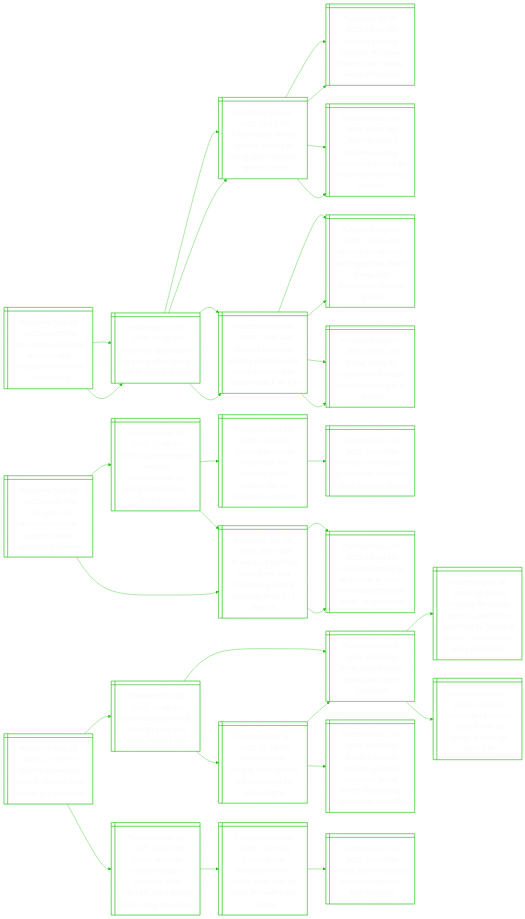
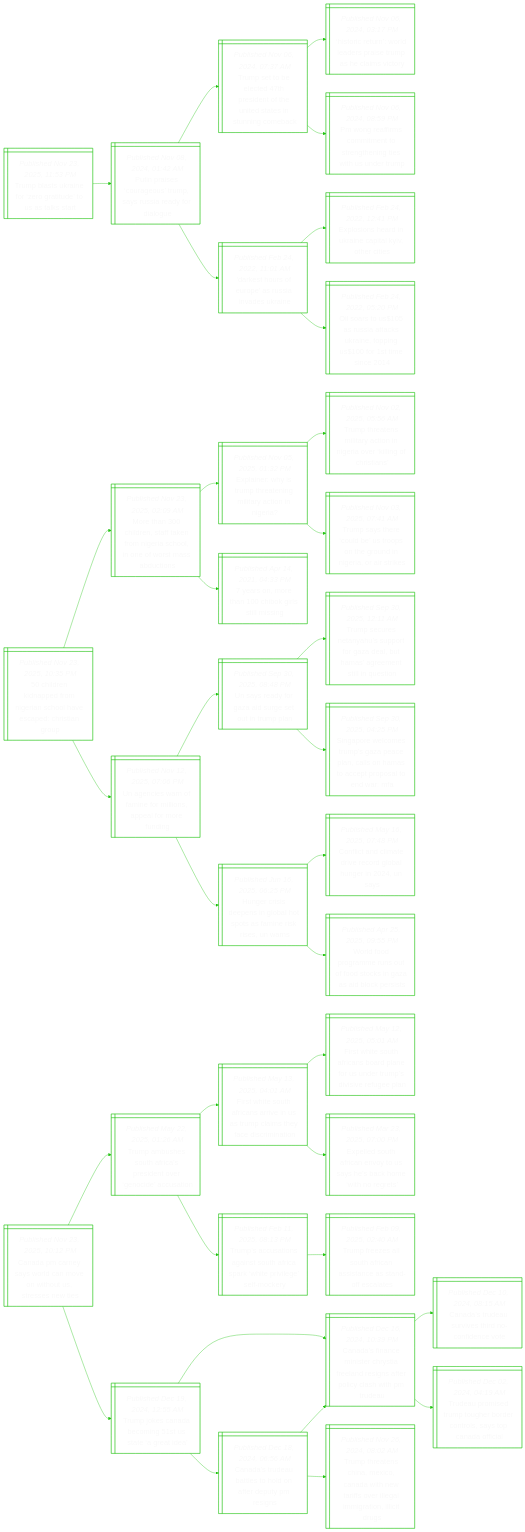
The diagram in README.md (notJmes/notJmes), drawn with Mermaid before and after one commit. The commit also changed other lines of this file, not shown here.

````diff
--- a/README.md
+++ b/README.md
@@ -16,109 +16,112 @@
 flowchart LR
 classDef txtsize font-size:20px;
 
-WfAhestitsom@{ shape: win-pane, label: "_Published Nov 23, 2025, 07:55 PM_
-War refugee aonishiki becomes first ukrainian to win sumo tournament" }
-Unausafntse@{ shape: win-pane, label: "_Published Oct 09, 2025, 03:46 PM_
-Ukrainian takes sumo by storm after fleeing war to pursue dreams" }
-Feksansuognlsf@{ shape: win-pane, label: "_Published Sep 23, 2025, 02:19 PM_
-Future bleak unless ukraine invests in young sporting talent: athletics chief" }
-Untisfihsmanna@{ shape: win-pane, label: "_Published Jul 09, 2025, 06:12 AM_
-Ukraine protests inclusion of russian athletes with military ranks as neutrals" }
-JnlpetvmaohinCn@{ shape: win-pane, label: "_Published Sep 20, 2025, 02:21 AM_
-Jasmine paolini sparkles as italy overcome ukraine to reach billie jean king cup final" }
-UnteruvheyRaaK@{ shape: win-pane, label: "_Published Sep 08, 2025, 12:46 AM_
-Ukraine footballer heorhiy sudakov says home destroyed in russian attack on kyiv" }
-RaUnhercasrtdb@{ shape: win-pane, label: "_Published Sep 07, 2025, 10:16 AM_
-Russia hits ukraine with biggest air attack of war, sets government building ablaze" }
-Trfaosaoeia@{ shape: win-pane, label: "_Published Sep 08, 2025, 01:11 AM_
-Trump ready for ‘phase two’ of russia sanctions over war in ukraine" }
-Unausafntse@{ shape: win-pane, label: "_Published Oct 09, 2025, 03:46 PM_
-Ukrainian takes sumo by storm after fleeing war to pursue dreams" }
-Feksansuognlsf@{ shape: win-pane, label: "_Published Sep 23, 2025, 02:19 PM_
-Future bleak unless ukraine invests in young sporting talent: athletics chief" }
-Untisfihsmanna@{ shape: win-pane, label: "_Published Jul 09, 2025, 06:12 AM_
-Ukraine protests inclusion of russian athletes with military ranks as neutrals" }
-JnlpetvmaohinCn@{ shape: win-pane, label: "_Published Sep 20, 2025, 02:21 AM_
-Jasmine paolini sparkles as italy overcome ukraine to reach billie jean king cup final" }
-UnteruvheyRaaK@{ shape: win-pane, label: "_Published Sep 08, 2025, 12:46 AM_
-Ukraine footballer heorhiy sudakov says home destroyed in russian attack on kyiv" }
-RaUnhercasrtdb@{ shape: win-pane, label: "_Published Sep 07, 2025, 10:16 AM_
-Russia hits ukraine with biggest air attack of war, sets government building ablaze" }
-Trfaosaoeia@{ shape: win-pane, label: "_Published Sep 08, 2025, 01:11 AM_
-Trump ready for ‘phase two’ of russia sanctions over war in ukraine" }
+Tbsirgtots@{ shape: win-pane, label: "_Published Nov 23, 2025, 11:53 PM_
+Trump blasts ukraine for ‘zero gratitude’ to us as talks start" }
+Pperumsiddg@{ shape: win-pane, label: "_Published Nov 08, 2024, 01:42 AM_
+Putin praises ‘courageous’ trump, says russia ready for dialogue" }
+TsbchioUdetne@{ shape: win-pane, label: "_Published Nov 06, 2024, 07:37 AM_
+Trump set to be elected 47th president of the united states in stunning comeback" }
+Hrtoessmemt@{ shape: win-pane, label: "_Published Nov 06, 2024, 03:17 PM_
+‘historic return’: world leaders praise trump as he claims victory" }
+PgfctteetiuT@{ shape: win-pane, label: "_Published Nov 06, 2024, 08:59 PM_
+Pm wong reaffirms commitment to strengthening ties with us under trump" }
+DsruasvUn@{ shape: win-pane, label: "_Published Feb 24, 2022, 11:01 AM_
+'darkest hours of europe' as russia invades ukraine" }
+Eshiaalocs@{ shape: win-pane, label: "_Published Feb 24, 2022, 12:41 PM_
+Explosions heard in ukraine capital kyiv, other cities" }
+OaUuakaogrmc@{ shape: win-pane, label: "_Published Feb 24, 2022, 05:20 PM_
+Oil soars to us$105 as russia attacks ukraine, topping us$100 for 1st time since 2014" }
 
-WfAhestitsom:::txtsize --> Unausafntse:::txtsize
-Unausafntse:::txtsize --> Feksansuognlsf:::txtsize
-Feksansuognlsf:::txtsize --> Untisfihsmanna:::txtsize
-Feksansuognlsf:::txtsize --> JnlpetvmaohinCn:::txtsize
-Unausafntse:::txtsize --> UnteruvheyRaaK:::txtsize
-UnteruvheyRaaK:::txtsize --> RaUnhercasrtdb:::txtsize
-UnteruvheyRaaK:::txtsize --> Trfaosaoeia:::txtsize
-WfAhestitsom:::txtsize --> Unausafntse:::txtsize
-Unausafntse:::txtsize --> Feksansuognlsf:::txtsize
-Feksansuognlsf:::txtsize --> Untisfihsmanna:::txtsize
-Feksansuognlsf:::txtsize --> JnlpetvmaohinCn:::txtsize
-Unausafntse:::txtsize --> UnteruvheyRaaK:::txtsize
-UnteruvheyRaaK:::txtsize --> RaUnhercasrtdb:::txtsize
-UnteruvheyRaaK:::txtsize --> Trfaosaoeia:::txtsize
+Tbsirgtots:::txtsize --> Pperumsiddg:::txtsize
+Pperumsiddg:::txtsize --> TsbchioUdetne:::txtsize
+TsbchioUdetne:::txtsize --> Hrtoessmemt:::txtsize
+TsbchioUdetne:::txtsize --> PgfctteetiuT:::txtsize
+Pperumsiddg:::txtsize --> DsruasvUn:::txtsize
+DsruasvUn:::txtsize --> Eshiaalocs:::txtsize
+DsruasvUn:::txtsize --> OaUuakaogrmc:::txtsize
 
-IafmoereAlhe@{ shape: win-pane, label: "_Published Nov 23, 2025, 07:50 PM_
-Iran warns of attempts to target supreme leader ayatollah khamenei" }
-ISmdoasigugdIl@{ shape: win-pane, label: "_Published Jun 27, 2025, 12:40 AM_
-Iran’s supreme leader avoided assassination by going underground, says israel" }
-TtIodirsdelmutt@{ shape: win-pane, label: "_Published Jun 13, 2025, 08:20 AM_
-Trump tells iran to ‘make deal’ with israel as world leaders call for ‘maximum restraint’" }
-IamrnaetlIli@{ shape: win-pane, label: "_Published Jun 13, 2025, 04:29 PM_
-Iranian commanders and nuclear scientists killed in israeli strikes" }
-Tsrdeecedletdr@{ shape: win-pane, label: "_Published Jun 24, 2025, 06:17 AM_
-Trump says iran and israel agree to a ‘complete and total’ ceasefire to end 12-day war" }
-IiieSaQTcrnaec@{ shape: win-pane, label: "_Published Jun 24, 2025, 01:23 AM_
-Iran fires missiles at us airbase in qatar, trump calls response ‘weak’, urges peace" }
-Tsrdeecedletdr@{ shape: win-pane, label: "_Published Jun 24, 2025, 06:17 AM_
-Trump says iran and israel agree to a ‘complete and total’ ceasefire to end 12-day war" }
-IiieSaQTcrnaec@{ shape: win-pane, label: "_Published Jun 24, 2025, 01:23 AM_
-Iran fires missiles at us airbase in qatar, trump calls response ‘weak’, urges peace" }
+crdemrchsdsg@{ shape: win-pane, label: "_Published Nov 23, 2025, 10:35 PM_
+50 children kidnapped from nigerian school have escaped: christian group" }
+MhinfnNioowmbi@{ shape: win-pane, label: "_Published Nov 23, 2025, 02:09 AM_
+More than 300 children, staff taken from nigeria school, in one of worst mass abductions" }
+Eihrhematnr@{ shape: win-pane, label: "_Published Nov 05, 2025, 01:32 PM_
+Explainer: why is trump threatening military action in nigeria?" }
+TttiriNiriCt@{ shape: win-pane, label: "_Published Nov 02, 2025, 05:56 AM_
+Trump threatens military action in nigeria over ‘killing of christians’" }
+Tshoeonrierts@{ shape: win-pane, label: "_Published Nov 03, 2025, 07:41 AM_
+Trump says there ‘could be’ us troops on the ground in nigeria, or air strikes" }
+yoeCksli@{ shape: win-pane, label: "_Published Apr 14, 2021, 04:33 PM_
+7 years on, more than 100 chibok girls still missing" }
+Unwfnmopoei@{ shape: win-pane, label: "_Published Nov 12, 2025, 07:06 PM_
+Un agencies warn of famine for millions, appeal for more funding" }
+Usyadeurl@{ shape: win-pane, label: "_Published Sep 30, 2025, 08:48 PM_
+Un says ready for gaza aid surge set out in trump plan" }
+Tseaupoabmrnluo@{ shape: win-pane, label: "_Published Sep 30, 2025, 12:11 AM_
+Trump secures netanyahu’s support for gaza deal, but hamas’ agreement still in question" }
+Speemzcnsmatooa@{ shape: win-pane, label: "_Published Sep 30, 2025, 04:25 PM_
+Singapore welcomes trump’s gaza peace plan, calls on hamas to accept proposal to end war: mfa" }
+Hripnasaisea@{ shape: win-pane, label: "_Published Jun 16, 2025, 06:25 PM_
+Hunger crisis deepens in global hot spots as famine risk rises, un warns" }
+Cidaiclhrs@{ shape: win-pane, label: "_Published May 16, 2025, 07:48 PM_
+Conflict and climate drive record global hunger in 2024, un says" }
+WFrmnodkaaors@{ shape: win-pane, label: "_Published Apr 25, 2025, 09:55 PM_
+World food programme runs out of food stocks in gaza as aid block persists" }
 
-IafmoereAlhe:::txtsize --> ISmdoasigugdIl:::txtsize
-ISmdoasigugdIl:::txtsize --> TtIodirsdelmutt:::txtsize
-TtIodirsdelmutt:::txtsize --> IamrnaetlIli:::txtsize
-ISmdoasigugdIl:::txtsize --> Tsrdeecedletdr:::txtsize
-Tsrdeecedletdr:::txtsize --> IiieSaQTcrnaec:::txtsize
-IafmoereAlhe:::txtsize --> Tsrdeecedletdr:::txtsize
-Tsrdeecedletdr:::txtsize --> IiieSaQTcrnaec:::txtsize
+crdemrchsdsg:::txtsize --> MhinfnNioowmbi:::txtsize
+MhinfnNioowmbi:::txtsize --> Eihrhematnr:::txtsize
+Eihrhematnr:::txtsize --> TttiriNiriCt:::txtsize
+Eihrhematnr:::txtsize --> Tshoeonrierts:::txtsize
+MhinfnNioowmbi:::txtsize --> yoeCksli:::txtsize
+crdemrchsdsg:::txtsize --> Unwfnmopoei:::txtsize
+Unwfnmopoei:::txtsize --> Usyadeurl:::txtsize
+Usyadeurl:::txtsize --> Tseaupoabmrnluo:::txtsize
+Usyadeurl:::txtsize --> Speemzcnsmatooa:::txtsize
+Unwfnmopoei:::txtsize --> Hripnasaisea:::txtsize
+Hripnasaisea:::txtsize --> Cidaiclhrs:::txtsize
+Hripnasaisea:::txtsize --> WFrmnodkaaors:::txtsize
 
-Ilautpkanbh@{ shape: win-pane, label: "_Published Nov 23, 2025, 07:39 PM_
-Israel’s netanyahu vows to keep striking hamas and hezbollah" }
-Ilselaonms@{ shape: win-pane, label: "_Published Nov 23, 2025, 01:09 AM_
-Israeli airstrikes kill at least 20 people in gaza, medics say" }
-Wouaaam@{ shape: win-pane, label: "_Published Oct 09, 2025, 05:50 PM_
-What does trump’s gaza peace plan promise?" }
-AtHfezerydatoGel@{ shape: win-pane, label: "_Published Sep 30, 2025, 06:45 AM_
-Amnesty for hamas fighters, gaza to be governed by ‘board of peace’: details of the gaza peace plan" }
-NyeeawHakl@{ shape: win-pane, label: "_Published Oct 07, 2023, 12:04 PM_
-Netanyahu declares israel at war as hamas attacks kill over 100" }
-Ffoaakiosen@{ shape: win-pane, label: "_Published Oct 10, 2025, 07:18 PM_
-‘full of sorrow’: gazans head back to ruined homes as truce begins" }
-Gsaardsrfsticese@{ shape: win-pane, label: "_Published Oct 10, 2025, 04:58 PM_
-Gazans stream towards wrecked homes as israeli forces start pulling back under ceasefire" }
-Wouaaam@{ shape: win-pane, label: "_Published Oct 09, 2025, 05:50 PM_
-What does trump’s gaza peace plan promise?" }
-Tdrcaaededlncbs@{ shape: win-pane, label: "_Published Oct 14, 2025, 07:45 PM_
-Trump declares victory as gaza ceasefire deal reached, but a lasting peace may be elusive" }
-PflcoMeNelale@{ shape: win-pane, label: "_Published Oct 14, 2025, 12:05 AM_
-Peace finally descends on the middle east: now the battle to make it last begins" }
-TjIlmnest@{ shape: win-pane, label: "_Published Oct 13, 2025, 03:10 PM_
-Tears, joy in israel as hamas hands over first hostages" }
+CararnohSses@{ shape: win-pane, label: "_Published Nov 23, 2025, 10:12 PM_
+Canada pm carney says world can move on without us, stresses new ties" }
+Tahurpdvnesn@{ shape: win-pane, label: "_Published May 22, 2025, 01:26 AM_
+Trump ambushes south africa’s president over ‘genocide’ accusation" }
+FwSAarnTcsfimi@{ shape: win-pane, label: "_Published May 13, 2025, 04:01 AM_
+First white south africans arrive in us as trump claims they face discrimination" }
+FwSAaaarduivul@{ shape: win-pane, label: "_Published May 12, 2025, 05:01 AM_
+First white south africans board plane for us under trump’s divisive refugee plan" }
+Eluretashirt@{ shape: win-pane, label: "_Published Mar 23, 2025, 07:00 PM_
+Expelled south african envoy to us says he’s back home ‘with no regrets’" }
+Tssniofswplec@{ shape: win-pane, label: "_Published Feb 11, 2025, 08:13 PM_
+Trump’s accusations against south africa spark ‘white privilege’ self-mockery" }
+TfeSAaictfas@{ shape: win-pane, label: "_Published Feb 09, 2025, 02:40 AM_
+Trump freezes all south african assistance as stand-off escalates" }
+TjCamtard@{ shape: win-pane, label: "_Published Dec 19, 2024, 12:55 AM_
+Trump jokes canada becoming 51st us state ‘a great idea’" }
+CaaieyFasapyhPd@{ shape: win-pane, label: "_Published Dec 16, 2024, 10:39 PM_
+Canada’s finance minister chrystia freeland resigns after policy clash with pm trudeau" }
+Cadueroeo@{ shape: win-pane, label: "_Published Dec 10, 2024, 08:15 AM_
+Canada’s trudeau survives third no-confidence vote" }
+TamTtednstnfa@{ shape: win-pane, label: "_Published Dec 02, 2024, 04:19 AM_
+Trudeau promised trump tougher border controls, says top canada official" }
+CadaslfePi@{ shape: win-pane, label: "_Published Dec 18, 2024, 06:56 AM_
+Canada’s trudeau battles to hold on after deputy pm resigns" }
+CaaieyFasapyhPd@{ shape: win-pane, label: "_Published Dec 16, 2024, 10:39 PM_
+Canada’s finance minister chrystia freeland resigns after policy clash with pm trudeau" }
+TttheCanrollgoir@{ shape: win-pane, label: "_Published Nov 26, 2024, 08:02 AM_
+Trump threatens china, mexico, canada with new tariffs over illegal immigration, illicit drugs" }
 
-Ilautpkanbh:::txtsize --> Ilselaonms:::txtsize
-Ilselaonms:::txtsize --> Wouaaam:::txtsize
-Wouaaam:::txtsize --> AtHfezerydatoGel:::txtsize
-Wouaaam:::txtsize --> NyeeawHakl:::txtsize
-Ilselaonms:::txtsize --> Ffoaakiosen:::txtsize
-Ffoaakiosen:::txtsize --> Gsaardsrfsticese:::txtsize
-Ffoaakiosen:::txtsize --> Wouaaam:::txtsize
-Ilautpkanbh:::txtsize --> Tdrcaaededlncbs:::txtsize
-Tdrcaaededlncbs:::txtsize --> PflcoMeNelale:::txtsize
-PflcoMeNelale:::txtsize --> TjIlmnest:::txtsize
+CararnohSses:::txtsize --> Tahurpdvnesn:::txtsize
+Tahurpdvnesn:::txtsize --> FwSAarnTcsfimi:::txtsize
+FwSAarnTcsfimi:::txtsize --> FwSAaaarduivul:::txtsize
+FwSAarnTcsfimi:::txtsize --> Eluretashirt:::txtsize
+Tahurpdvnesn:::txtsize --> Tssniofswplec:::txtsize
+Tssniofswplec:::txtsize --> TfeSAaictfas:::txtsize
+CararnohSses:::txtsize --> TjCamtard:::txtsize
+TjCamtard:::txtsize --> CaaieyFasapyhPd:::txtsize
+CaaieyFasapyhPd:::txtsize --> Cadueroeo:::txtsize
+CaaieyFasapyhPd:::txtsize --> TamTtednstnfa:::txtsize
+TjCamtard:::txtsize --> CadaslfePi:::txtsize
+CadaslfePi:::txtsize --> CaaieyFasapyhPd:::txtsize
+CadaslfePi:::txtsize --> TttheCanrollgoir:::txtsize
 
 ```
````
